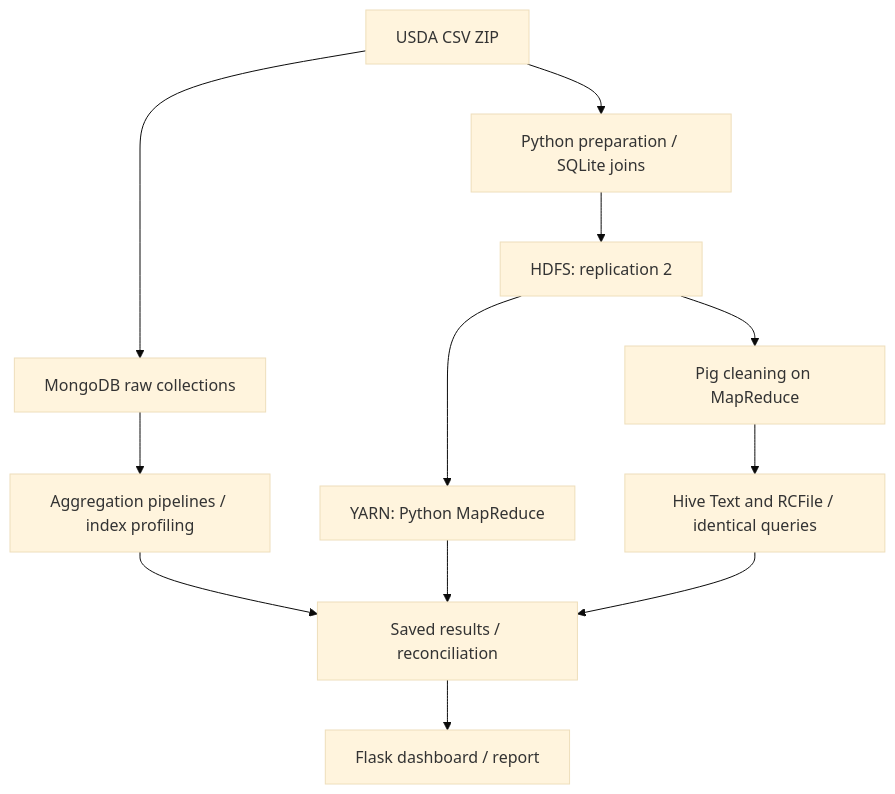
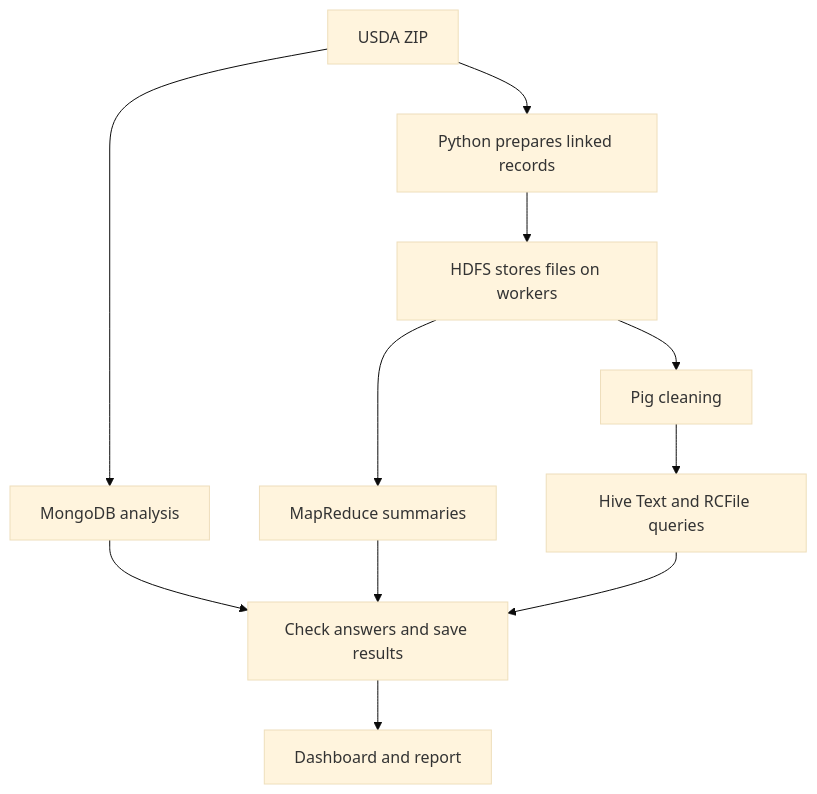
Before and after one commit to Dhanush-singh-g/BDA-Assignment: the diagram in docs/ARCHITECTURE.md, drawn with Mermaid (base theme). The commit also changed other lines of this file and 2 other files, not shown here.

````diff
--- a/docs/ARCHITECTURE.md
+++ b/docs/ARCHITECTURE.md
@@ -7,14 +35,13 @@
 ```mermaid
 flowchart TD
-    ZIP[USDA CSV ZIP] --> M[MongoDB raw collections]
-    ZIP --> P[Python preparation / SQLite joins]
-    M --> A[Aggregation pipelines / index profiling]
-    P --> H[HDFS: replication 2]
-    H --> Y[YARN: Python MapReduce]
-    H --> G[Pig cleaning on MapReduce]
-    G --> V[Hive Text and RCFile / identical queries]
-    A --> R[Saved results / reconciliation]
-    Y --> R
-    V --> R
-    R --> F[Flask dashboard / report]
+    ZIP[USDA ZIP] --> Mongo[MongoDB analysis]
+    ZIP --> Prep[Python prepares linked records]
+    Prep --> HDFS[HDFS stores files on workers]
+    HDFS --> MR[MapReduce summaries]
+    HDFS --> Pig[Pig cleaning]
+    Pig --> Hive[Hive Text and RCFile queries]
+    Mongo --> Results[Check answers and save results]
+    MR --> Results
+    Hive --> Results
+    Results --> Web[Dashboard and report]
 ```
````
